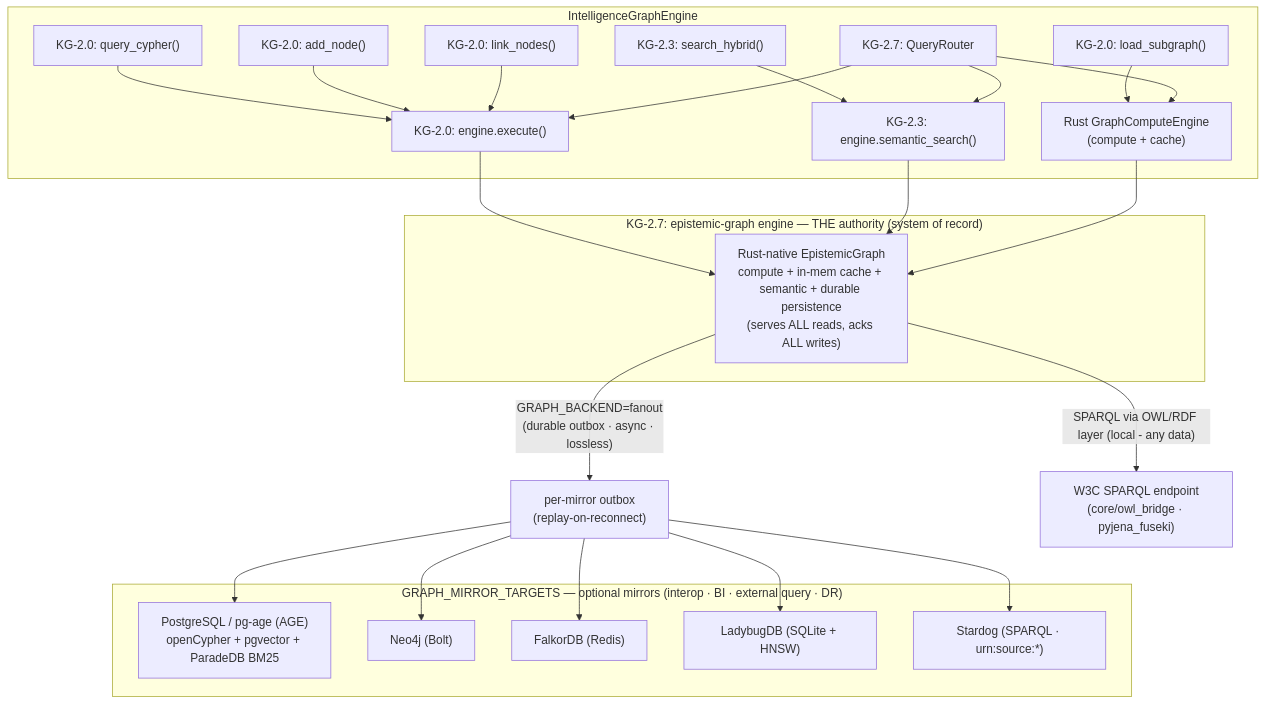
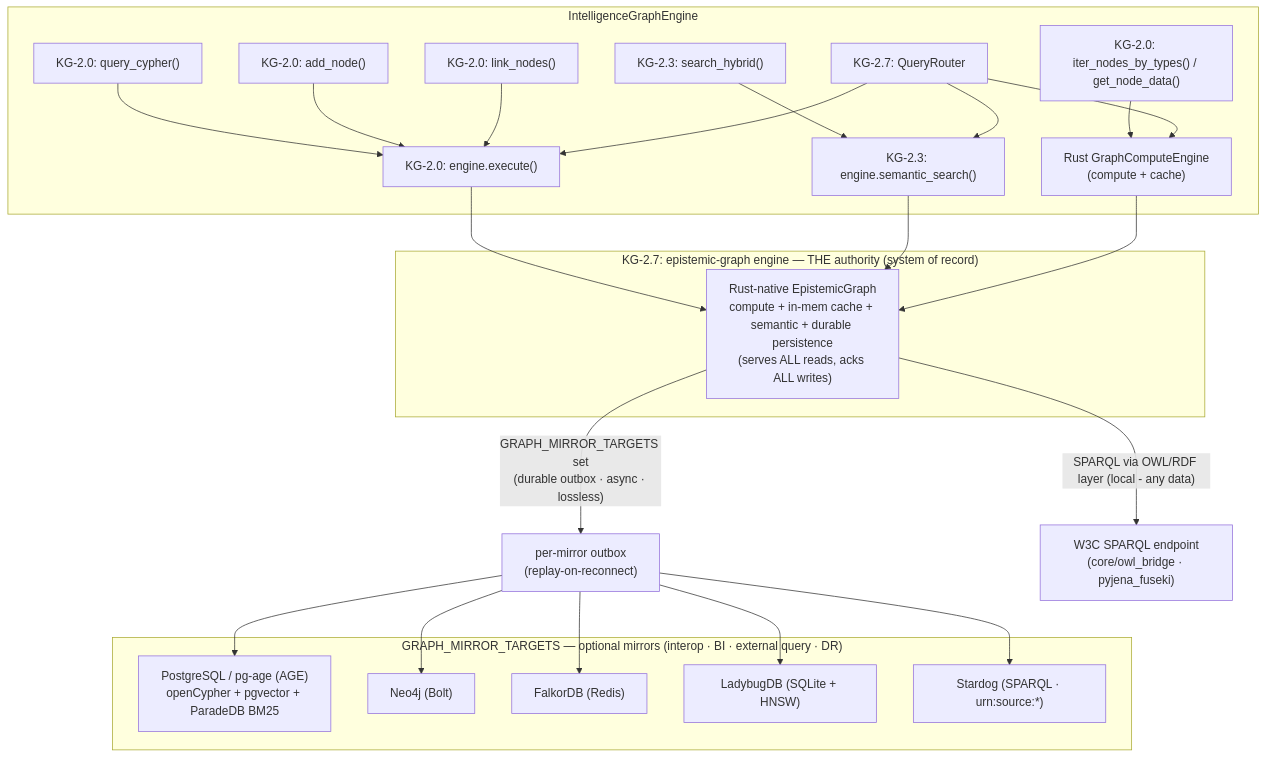
One commit to Knuckles-Team/agent-utilities changed the first of 4 diagrams in docs/architecture/graph_backends_architecture.md. Above: the diagram before and after it, drawn with Mermaid. The commit also changed other lines of this file and 15 other files, not shown here.

````diff
--- a/docs/architecture/graph_backends_architecture.md
+++ b/docs/architecture/graph_backends_architecture.md
@@ -36,39 +36,39 @@
 ```mermaid
 graph TB
     subgraph "IntelligenceGraphEngine"
         A["KG-2.0: query_cypher()"] --> B["KG-2.0: engine.execute()"]
         C["KG-2.0: add_node()"] --> B
         D["KG-2.0: link_nodes()"] --> B
         E["KG-2.3: search_hybrid()"] --> F["KG-2.3: engine.semantic_search()"]
-        G["KG-2.0: load_subgraph()"] --> H["Rust GraphComputeEngine\n(compute + cache)"]
+        G["KG-2.0: iter_nodes_by_types() / get_node_data()"] --> H["Rust GraphComputeEngine\n(compute + cache)"]
         QR["KG-2.7: QueryRouter"] --> B
         QR --> H
         QR --> F
     end
 
     subgraph AUTH["KG-2.7: epistemic-graph engine — THE authority (system of record)"]
         EG["Rust-native EpistemicGraph\ncompute + in-mem cache + semantic + durable persistence\n(serves ALL reads, acks ALL writes)"]
     end
 
     B --> EG
     F --> EG
     H --> EG
 
-    EG -->|"GRAPH_BACKEND=fanout\n(durable outbox · async · lossless)"| OUTBOX["per-mirror outbox\n(replay-on-reconnect)"]
+    EG -->|"GRAPH_MIRROR_TARGETS set\n(durable outbox · async · lossless)"| OUTBOX["per-mirror outbox\n(replay-on-reconnect)"]
 
     subgraph MIRRORS["GRAPH_MIRROR_TARGETS — optional mirrors (interop · BI · external query · DR)"]
         M_PG["PostgreSQL / pg-age (AGE)\nopenCypher + pgvector + ParadeDB BM25"]
         M_N4["Neo4j (Bolt)"]
         M_FK["FalkorDB (Redis)"]
         M_LB["LadybugDB (SQLite + HNSW)"]
         M_SD["Stardog (SPARQL · urn:source:*)"]
     end
 
     OUTBOX --> M_PG
     OUTBOX --> M_N4
     OUTBOX --> M_FK
     OUTBOX --> M_LB
     OUTBOX --> M_SD
 
     EG -->|"SPARQL via OWL/RDF layer (local - any data)"| SPARQL["W3C SPARQL endpoint\n(core/owl_bridge · pyjena_fuseki)"]
 ```
````
